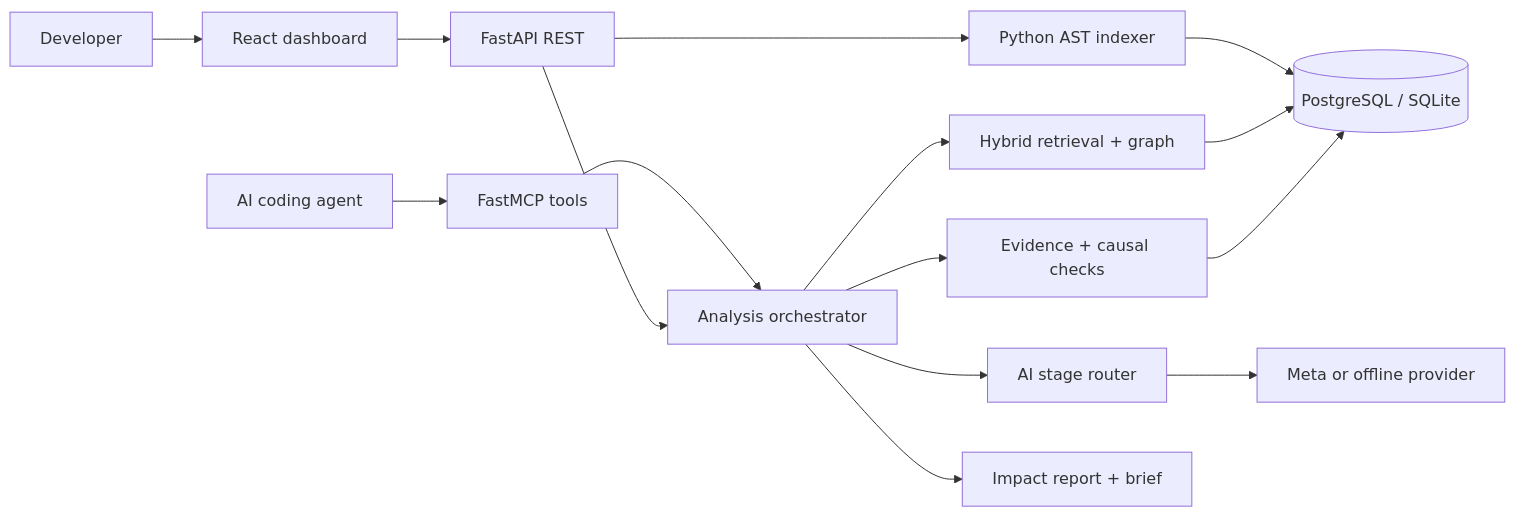
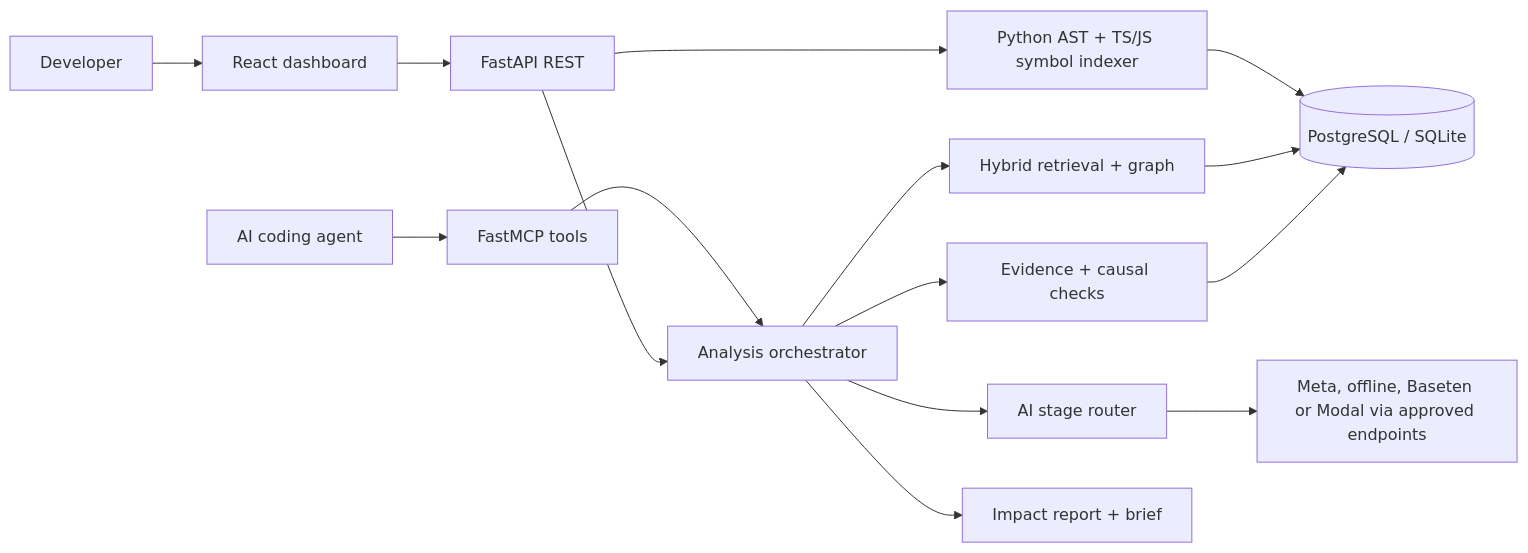
The first of 2 diagrams in README.md (teehihi/scope-graph), drawn with Mermaid before and after one commit. The commit also changed other lines of this file, not shown here.

````diff
--- a/README.md
+++ b/README.md
@@ -87,17 +90,17 @@
 ```mermaid
 flowchart LR
     Dev[Developer] --> Web[React dashboard]
     Web --> API[FastAPI REST]
     Agent[AI coding agent] --> MCP[FastMCP tools]
     MCP --> Core[Analysis orchestrator]
-    API --> Index[Python AST indexer]
+    API --> Index[Python AST + TS/JS symbol indexer]
     API --> Core
     Index --> DB[(PostgreSQL / SQLite)]
     Core --> Context[Hybrid retrieval + graph]
     Context --> DB
     Core --> Router[AI stage router]
-    Router --> Provider[Meta or offline provider]
+    Router --> Provider[Meta, offline, Baseten or Modal via approved endpoints]
     Core --> Gate[Evidence + causal checks]
     Gate --> DB
     Core --> Report[Impact report + brief]
 ```
````
